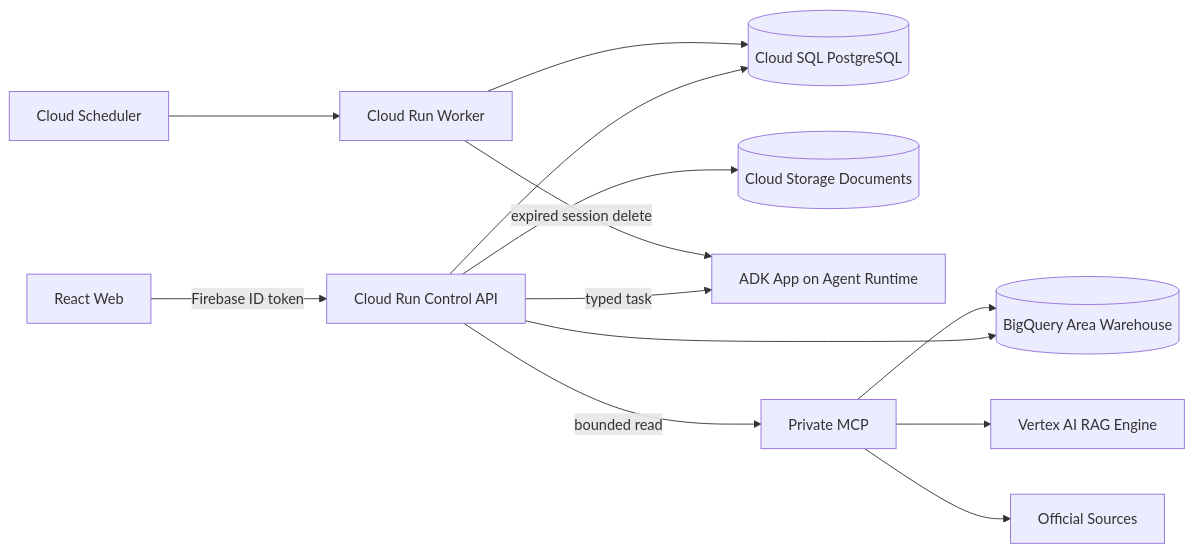
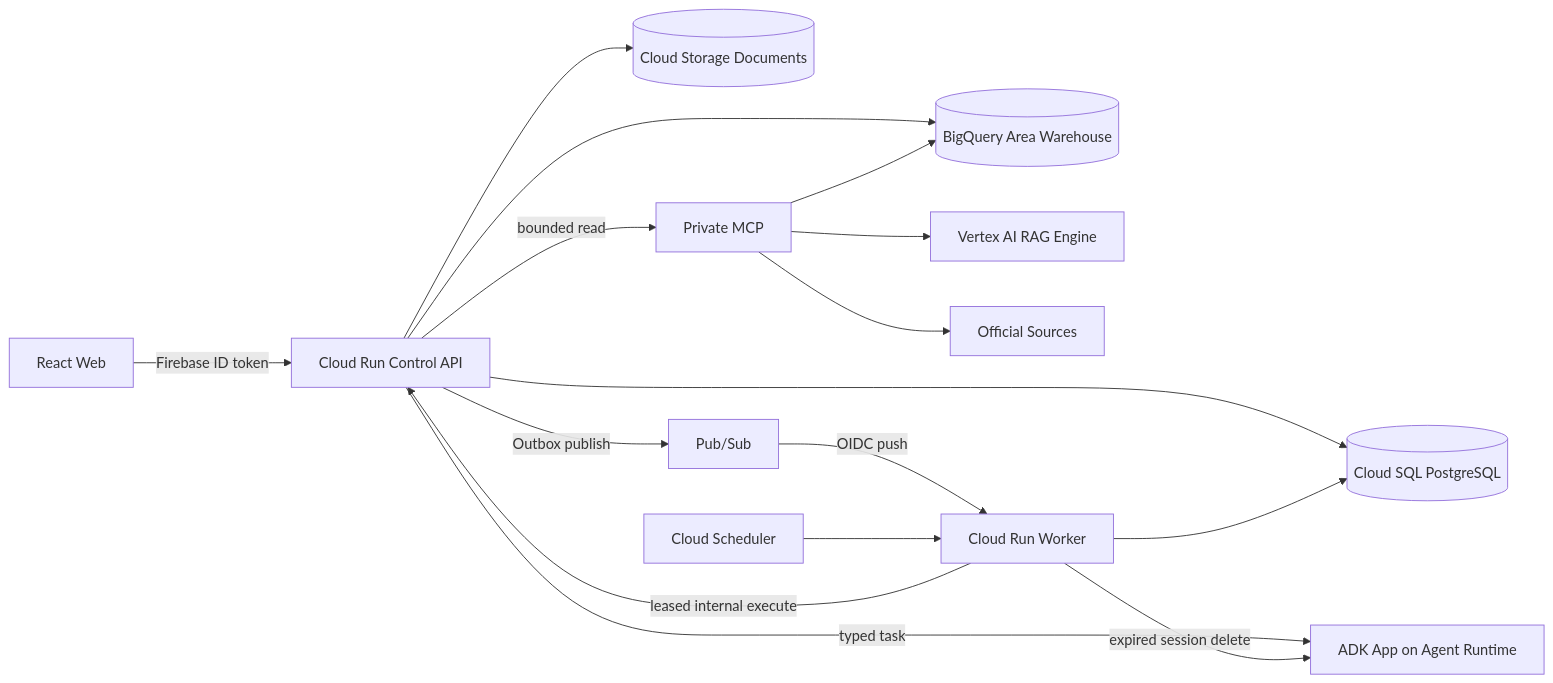
The diagram in docs/architecture/system-architecture.md (ai-bootcamp-team4/CaffeMate), drawn with Mermaid before and after one commit. The commit also changed other lines of this file and 35 other files, not shown here.

````diff
--- a/docs/architecture/system-architecture.md
+++ b/docs/architecture/system-architecture.md
@@ -28,15 +29,18 @@
 ```mermaid
 flowchart LR
     web[React Web] -->|Firebase ID token| api[Cloud Run Control API]
     api --> state[(Cloud SQL PostgreSQL)]
     api --> area[(BigQuery Area Warehouse)]
     api --> storage[(Cloud Storage Documents)]
     api -->|typed task| agents[ADK App on Agent Runtime]
     api -->|bounded read| mcp[Private MCP]
     mcp --> rag[Vertex AI RAG Engine]
     mcp --> area
     mcp --> official[Official Sources]
     worker[Cloud Run Worker] --> state
+    api -->|Outbox publish| pubsub[Pub/Sub]
+    pubsub -->|OIDC push| worker
+    worker -->|leased internal execute| api
     worker -->|expired session delete| agents
     scheduler[Cloud Scheduler] --> worker
 ```
````
